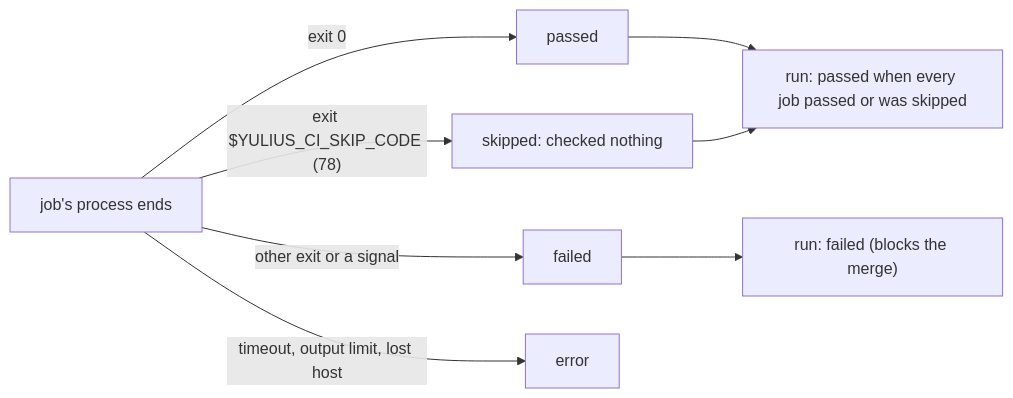
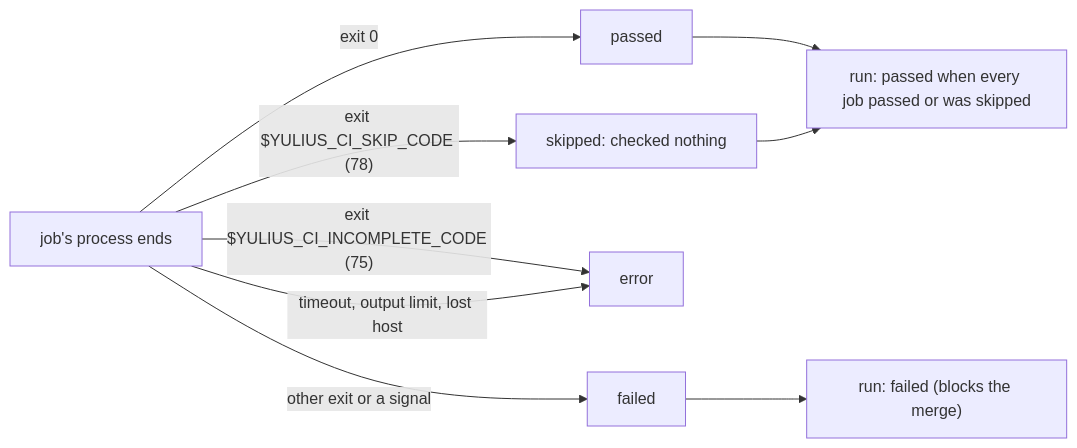
Diagram 48 of 56 in docs/architecture.md (Quartio-Studio/yulius), drawn with Mermaid before and after one commit. The commit also changed other lines of this file and 21 other files, not shown here.

````diff
--- a/docs/architecture.md
+++ b/docs/architecture.md
@@ -1714,10 +1724,11 @@
 ```mermaid
 flowchart LR
   EXIT["job's process ends"] -->|"exit 0"| P["passed"]
   EXIT -->|"exit $YULIUS_CI_SKIP_CODE (78)"| S["skipped: checked nothing"]
+  EXIT -->|"exit $YULIUS_CI_INCOMPLETE_CODE (75)"| E
   EXIT -->|"other exit or a signal"| F["failed"]
   EXIT -->|"timeout, output limit, lost host"| E["error"]
   P --> RUN["run: passed when every job passed or was skipped"]
   S --> RUN
   F --> RF["run: failed (blocks the merge)"]
 ```
````
